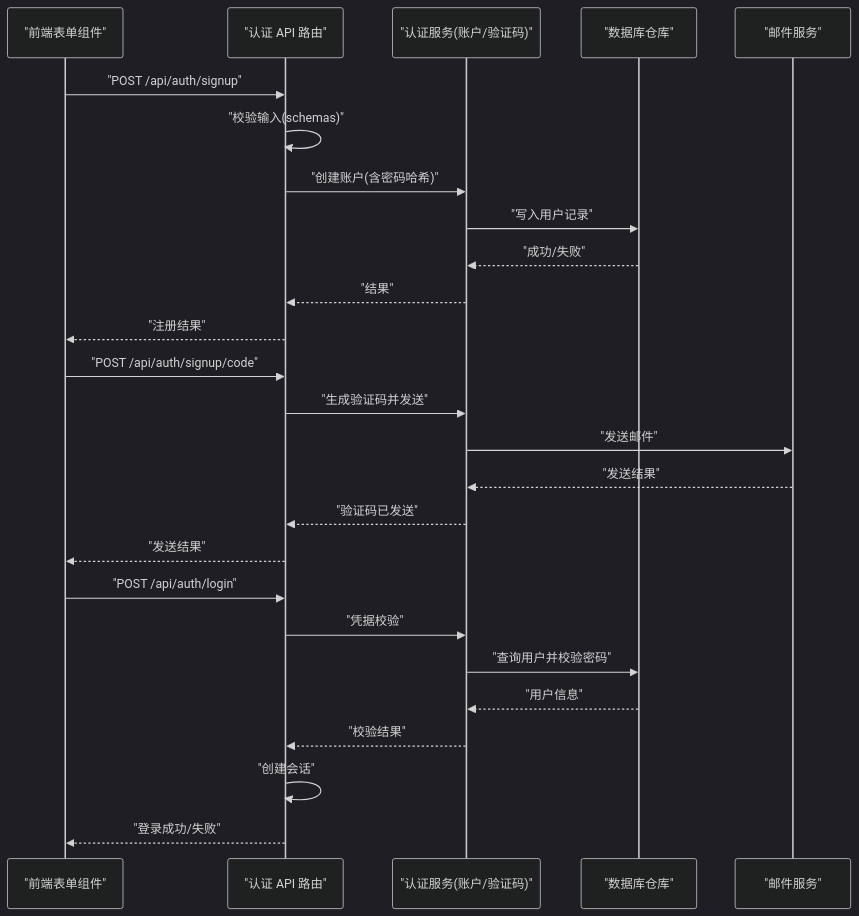
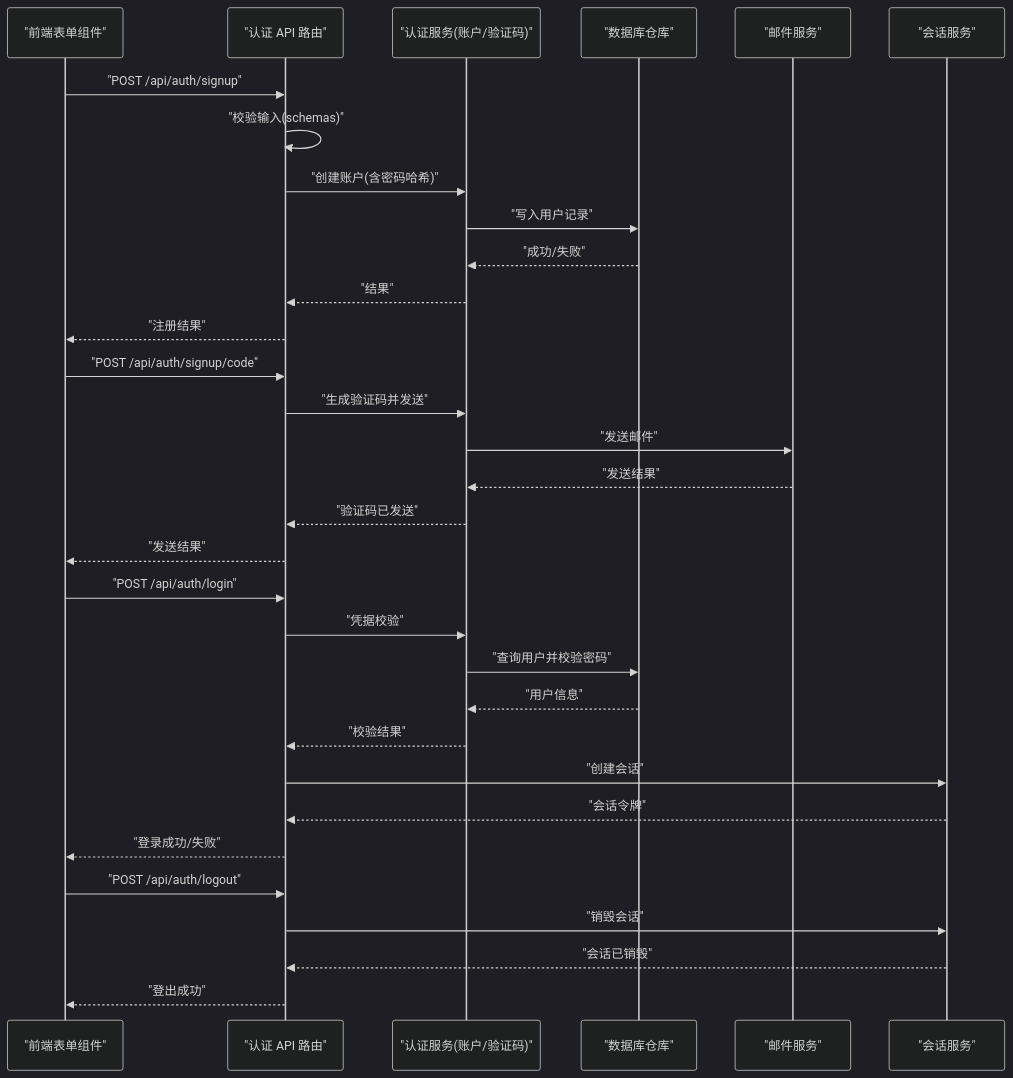
The second of 10 diagrams in .qoder/repowiki/zh/content/认证系统/用户认证.md (scottcwy/PurpleInk), drawn with Mermaid (dark theme) before and after one commit. The commit also changed other lines of this file and 109 other files, not shown here.

````diff
--- a/.qoder/repowiki/zh/content/认证系统/用户认证.md
+++ b/.qoder/repowiki/zh/content/认证系统/用户认证.md
@@ -247,28 +264,34 @@
 ```mermaid
 sequenceDiagram
 participant FE as "前端表单组件"
 participant API as "认证 API 路由"
 participant SVC as "认证服务(账户/验证码)"
 participant DB as "数据库仓库"
 participant MAIL as "邮件服务"
+participant SES as "会话服务"
 FE->>API : "POST /api/auth/signup"
 API->>API : "校验输入(schemas)"
 API->>SVC : "创建账户(含密码哈希)"
 SVC->>DB : "写入用户记录"
 DB-->>SVC : "成功/失败"
 SVC-->>API : "结果"
 API-->>FE : "注册结果"
 FE->>API : "POST /api/auth/signup/code"
 API->>SVC : "生成验证码并发送"
 SVC->>MAIL : "发送邮件"
 MAIL-->>SVC : "发送结果"
 SVC-->>API : "验证码已发送"
 API-->>FE : "发送结果"
 FE->>API : "POST /api/auth/login"
 API->>SVC : "凭据校验"
 SVC->>DB : "查询用户并校验密码"
 DB-->>SVC : "用户信息"
 SVC-->>API : "校验结果"
-API->>API : "创建会话"
+API->>SES : "创建会话"
+SES-->>API : "会话令牌"
 API-->>FE : "登录成功/失败"
+FE->>API : "POST /api/auth/logout"
+API->>SES : "销毁会话"
+SES-->>API : "会话已销毁"
+API-->>FE : "登出成功"
 ```
````
